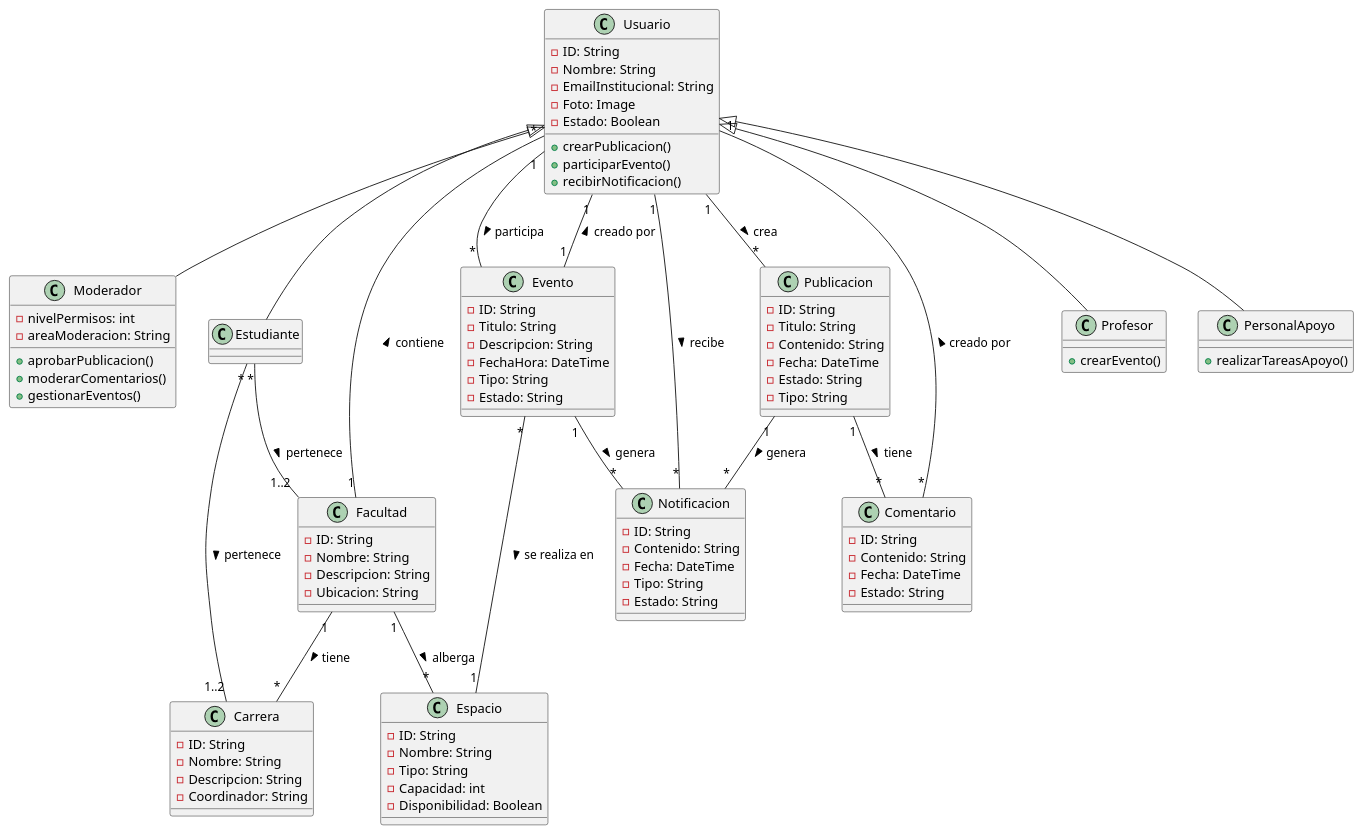
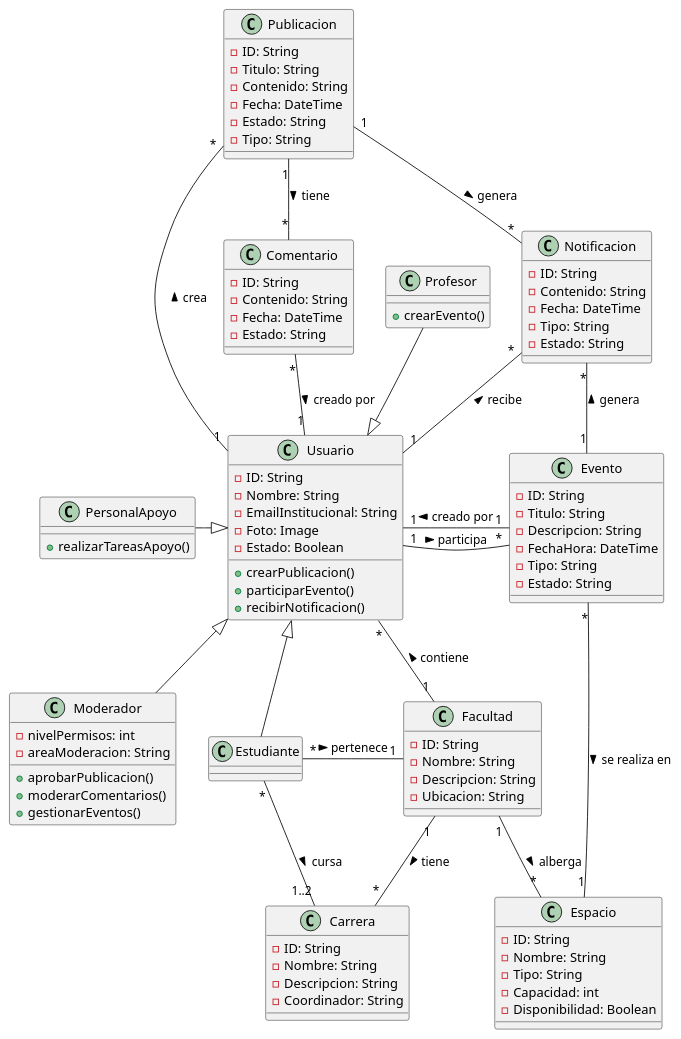
The diagram in Diagrams/DomainModel.plantuml (Danfloca02/Project_IngSoftware_Team2), drawn with PlantUML before and after one commit. The commit also changed 1 other file, not shown here.

Commit message:
cambios menores de organización y estructura - diagrama de clases del modelo de dominio

```diff
--- a/Diagrams/DomainModel.plantuml
+++ b/Diagrams/DomainModel.plantuml
@@ -3,111 +3,116 @@
-@startuml
+@startuml DomainModel
 
 class Usuario {
   -ID: String
   -Nombre: String
   -EmailInstitucional: String
   -Foto: Image
   -Estado: Boolean
 
   +crearPublicacion()
   +participarEvento()
   +recibirNotificacion()
 }
 
-class Moderador extends Usuario {
+class Moderador {
   -nivelPermisos: int
   -areaModeracion: String
 
   +aprobarPublicacion()
   +moderarComentarios()
   +gestionarEventos()
 }
 
-class Estudiante extends Usuario {
+class Estudiante {
 }
 
-class Profesor extends Usuario {
+class Profesor {
   +crearEvento()
 }
 
-class PersonalApoyo extends Usuario {
+class PersonalApoyo {
   +realizarTareasApoyo()
 }
 
 class Facultad {
   -ID: String
   -Nombre: String
   -Descripcion: String
   -Ubicacion: String
 }
 
 class Carrera {
   -ID: String
   -Nombre: String
   -Descripcion: String
   -Coordinador: String
 }
 
 class Evento {
   -ID: String
   -Titulo: String
   -Descripcion: String
   -FechaHora: DateTime
   -Tipo: String
   -Estado: String
 }
 
 class Notificacion {
   -ID: String
   -Contenido: String
   -Fecha: DateTime
   -Tipo: String
   -Estado: String
 }
 
 class Espacio {
   -ID: String
   -Nombre: String
   -Tipo: String
   -Capacidad: int
   -Disponibilidad: Boolean
 }
 
 class Publicacion {
   -ID: String
   -Titulo: String
   -Contenido: String
   -Fecha: DateTime
   -Estado: String
   -Tipo: String
 }
 
 class Comentario {
   -ID: String
   -Contenido: String
   -Fecha: DateTime
   -Estado: String
 }
 
 ' Relaciones
-Usuario "1" -- "*" Publicacion: crea >
-Usuario "1" -- "*" Evento: participa >
-Usuario "1" -- "*" Notificacion: recibe >
+Moderador -up-|> Usuario
+Profesor -down-|> Usuario
+Estudiante -up-|> Usuario
+PersonalApoyo -right-|> Usuario
 
-Estudiante "*" -- "1..2" Facultad: pertenece >
-Estudiante "*" -- "1..2" Carrera: pertenece >
+Usuario "1" -up- "*" Publicacion: crea >
+Usuario "1" -right- "*" Evento: participa >
+Usuario "1" -up- "*" Notificacion: recibe >
+
+Estudiante "*" -right- "1" Facultad: pertenece >
+Estudiante "*" -down- "1..2" Carrera: cursa >
 
 Facultad "1" -- "*" Carrera: tiene >
 Facultad "1" -- "*" Usuario: contiene >
 Facultad "1" -- "*" Espacio: alberga >
 
 Evento "1" -- "1" Usuario: creado por >
 Evento "*" -- "1" Espacio: se realiza en >
 Evento "1" -- "*" Notificacion: genera >
 
 Publicacion "1" -- "*" Comentario: tiene >
 Publicacion "1" -- "*" Notificacion: genera >
 
 Comentario "*" -- "1" Usuario: creado por >
 
 @enduml
```
